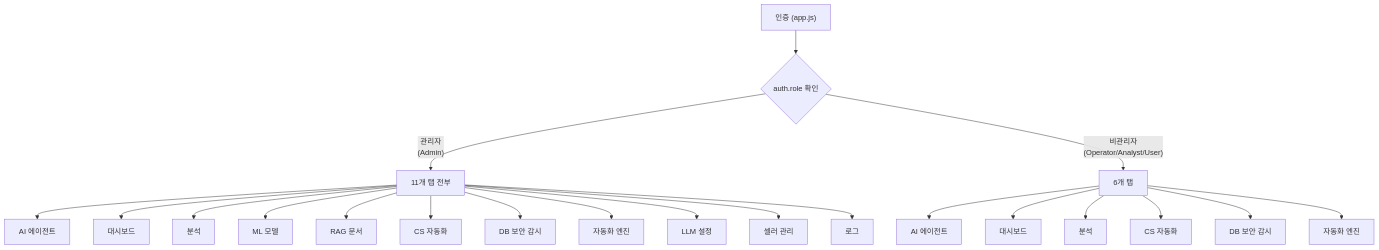
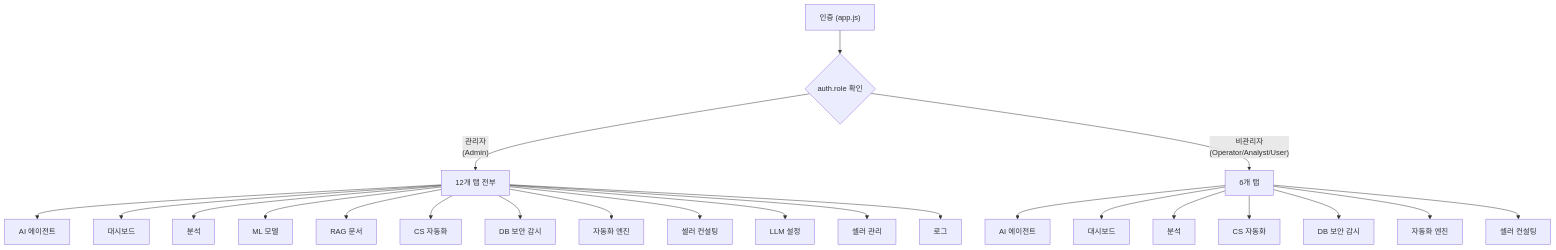
The second of 15 diagrams in nextjs/README.md (ASNGG/cafe24-demo), drawn with Mermaid before and after one commit. The commit also changed other lines of this file and 12 other files, not shown here.

First line of the commit message:
feat: v9.8 셀러 컨설팅 에이전트 (4단계 멀티스텝 워크플로우)

````diff
--- a/nextjs/README.md
+++ b/nextjs/README.md
@@ -209,25 +214,27 @@
 ```mermaid
 graph TD
     Auth["인증 (app.js)"] --> Role{"auth.role 확인"}
-    Role -->|"관리자<br/>(Admin)"| Admin["11개 탭 전부"]
+    Role -->|"관리자<br/>(Admin)"| Admin["12개 탭 전부"]
     Role -->|"비관리자<br/>(Operator/Analyst/User)"| User["6개 탭"]
 
     Admin --> A1["AI 에이전트"]
     Admin --> A2["대시보드"]
     Admin --> A3["분석"]
     Admin --> A4["ML 모델"]
     Admin --> A5["RAG 문서"]
     Admin --> A6["CS 자동화"]
     Admin --> A7["DB 보안 감시"]
     Admin --> A8["자동화 엔진"]
-    Admin --> A9["LLM 설정"]
-    Admin --> A10["셀러 관리"]
-    Admin --> A11["로그"]
+    Admin --> A9["셀러 컨설팅"]
+    Admin --> A10["LLM 설정"]
+    Admin --> A11["셀러 관리"]
+    Admin --> A12["로그"]
 
     User --> U1["AI 에이전트"]
     User --> U2["대시보드"]
     User --> U3["분석"]
     User --> U4["CS 자동화"]
     User --> U5["DB 보안 감시"]
     User --> U6["자동화 엔진"]
+    User --> U7["셀러 컨설팅"]
 ```
````
